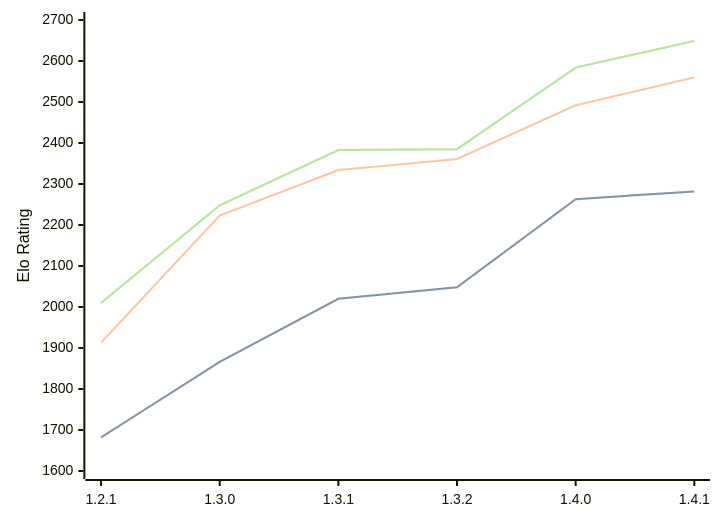
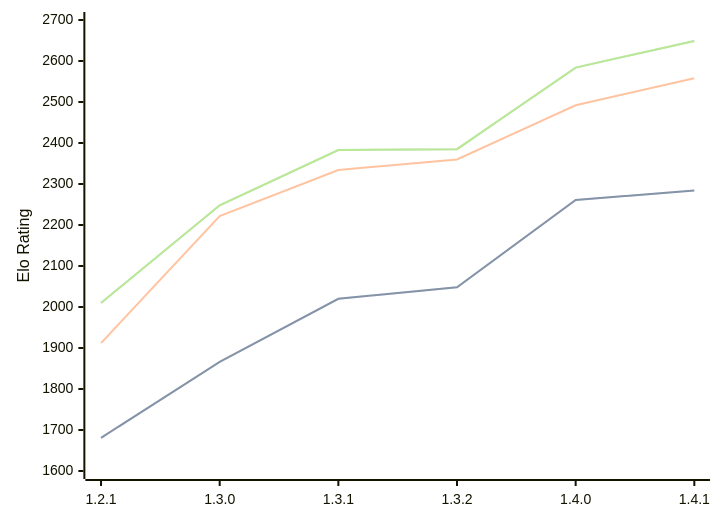
One commit to computer-chess-index/cci changed the diagram in engines/Chal.md. Above: the diagram before and after it, drawn with Mermaid. The commit also changed other lines of this file, not shown here.

````diff
--- a/engines/Chal.md
+++ b/engines/Chal.md
@@ -36,11 +36,11 @@
 ```mermaid
 %%{init: {"theme":"base","themeVariables":{"seriesColors:['#a3a3a3','#222221','#faa371']}}}%%
 xychart-beta
   x-axis ["1.2.1", "1.3.0", "1.3.1", "1.3.2", "1.4.0", "1.4.1"]
   y-axis "Elo Rating" 1600 --> 2700
-  line "" [1682, 1866, 2020, 2048, 2263, 2282]
-  line "STC (8.0+0.08s)" [1682, 1866, 2020, 2048, 2263, 2282]
-  line "LTC (60.0+0.60s)" [1913, 2223, 2334, 2361, 2492, 2560]
+  line "" [1681, 1866, 2020, 2048, 2261, 2284]
+  line "STC (8.0+0.08s)" [1681, 1866, 2020, 2048, 2261, 2284]
+  line "LTC (60.0+0.60s)" [1912, 2222, 2334, 2360, 2492, 2558]
   line "" [2010, 2248, 2383, 2385, 2584, 2649]
   line "VLTC (2m24s+1.12s)" [2010, 2248, 2383, 2385, 2584, 2649]
 ```
````
